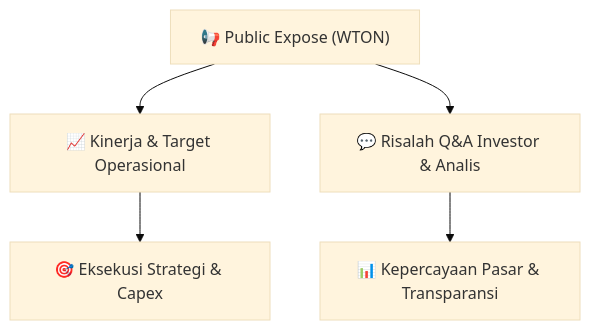
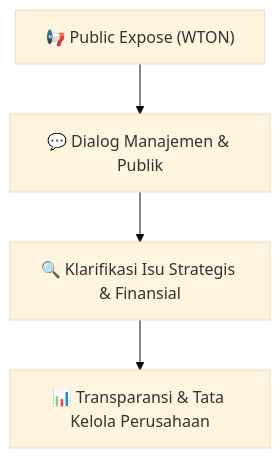
Before and after one commit to anYoneo/alphadigest-idx: the diagram in reports/summaries/public-exposes/hasil-pubex/WTON_Public_Expose_20260911.md, drawn with Mermaid (base theme). The commit also changed other lines of this file and 526 other files, not shown here.

````diff
--- a/reports/summaries/public-exposes/hasil-pubex/WTON_Public_Expose_20260911.md
+++ b/reports/summaries/public-exposes/hasil-pubex/WTON_Public_Expose_20260911.md
@@ -15,7 +337,6 @@
 ```mermaid
 flowchart TD
-    A["📢 Public Expose (WTON)"] --> B["📈 Kinerja & Target Operasional"]
-    A --> C["💬 Risalah Q&A Investor & Analis"]
-    B --> D["🎯 Eksekusi Strategi & Capex"]
-    C --> E["📊 Kepercayaan Pasar & Transparansi"]
+    A["📢 Public Expose (WTON)"] --> B["💬 Dialog Manajemen & Publik"]
+    B --> C["🔍 Klarifikasi Isu Strategis & Finansial"]
+    C --> D["📊 Transparansi & Tata Kelola Perusahaan"]
 ```
````
